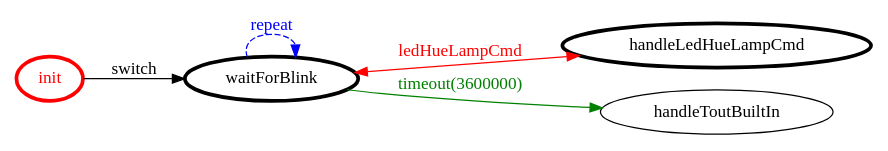
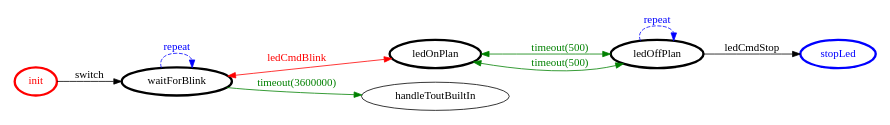
The diagram in it.unibo.projectRobot/srcMore/it/unibo/ledhuelamp/ledhuelamp.gv (FraGio/iss2018), drawn with Graphviz before and after one commit. The commit also changed 18 other files, not shown here.

```diff
--- a/it.unibo.projectRobot/srcMore/it/unibo/ledhuelamp/ledhuelamp.gv
+++ b/it.unibo.projectRobot/srcMore/it/unibo/ledhuelamp/ledhuelamp.gv
@@ -1,20 +1,26 @@
 /*
 *
 * A GraphViz DOT FSM description 
 * Please use a GraphViz visualizer (like http://www.webgraphviz.com)
 *  
 */
 
 digraph finite_state_machine {
 	rankdir=LR
 	size="8,5"
 	
 	init [ color = red ][ fontcolor = red ][ penwidth = 3 ]
+	ledOffPlan [ color = black ][ fontcolor = black ][ penwidth = 3 ]
+	ledOnPlan [ color = black ][ fontcolor = black ][ penwidth = 3 ]
 	waitForBlink [ color = black ][ fontcolor = black ][ penwidth = 3 ]
-	handleLedHueLampCmd [ color = black ][ fontcolor = black ][ penwidth = 3 ]
+	stopLed [ color = blue ][ fontcolor = blue ][ penwidth = 3 ]
 	
-	waitForBlink -> handleLedHueLampCmd [ label = "ledHueLampCmd" ][ color = red ][ fontcolor = red ][ dir = both ]
+	ledOnPlan -> ledOffPlan [ label = "timeout(500)" ][ color = green ][ fontcolor = green ][ dir = both ]
 	waitForBlink -> handleToutBuiltIn [ label = "timeout(3600000)" ][ color = green ][ fontcolor = green ]
+	waitForBlink -> ledOnPlan [ label = "ledCmdBlink" ][ color = red ][ fontcolor = red ][ dir = both ]
+	ledOffPlan -> ledOnPlan [ label = "timeout(500)" ][ color = green ][ fontcolor = green ][ dir = both ]
+	ledOffPlan -> ledOffPlan [ label = "repeat "][ style = dashed ][ color = blue ][ fontcolor = blue ]
+	ledOffPlan -> stopLed [ label = "ledCmdStop" ][ color = black ][ fontcolor = black ]
 	init -> waitForBlink [ label = "switch" ][ color = black ][ fontcolor = black ]
 	waitForBlink -> waitForBlink [ label = "repeat "][ style = dashed ][ color = blue ][ fontcolor = blue ]
 }
```
